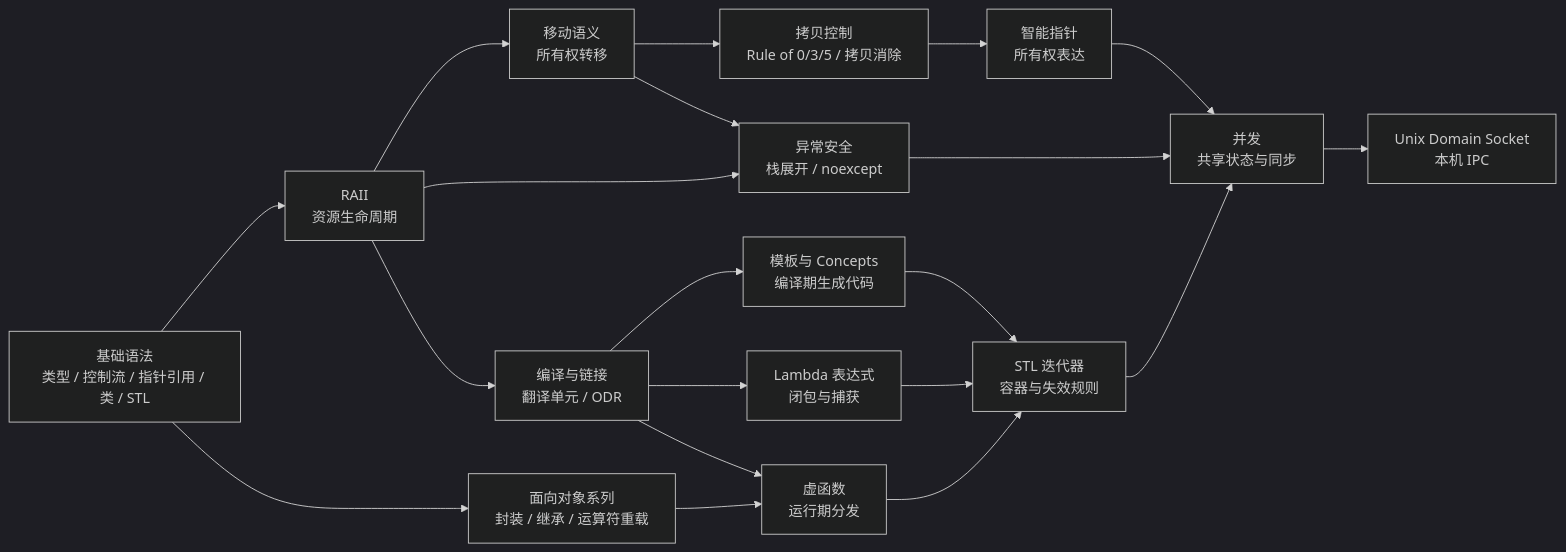
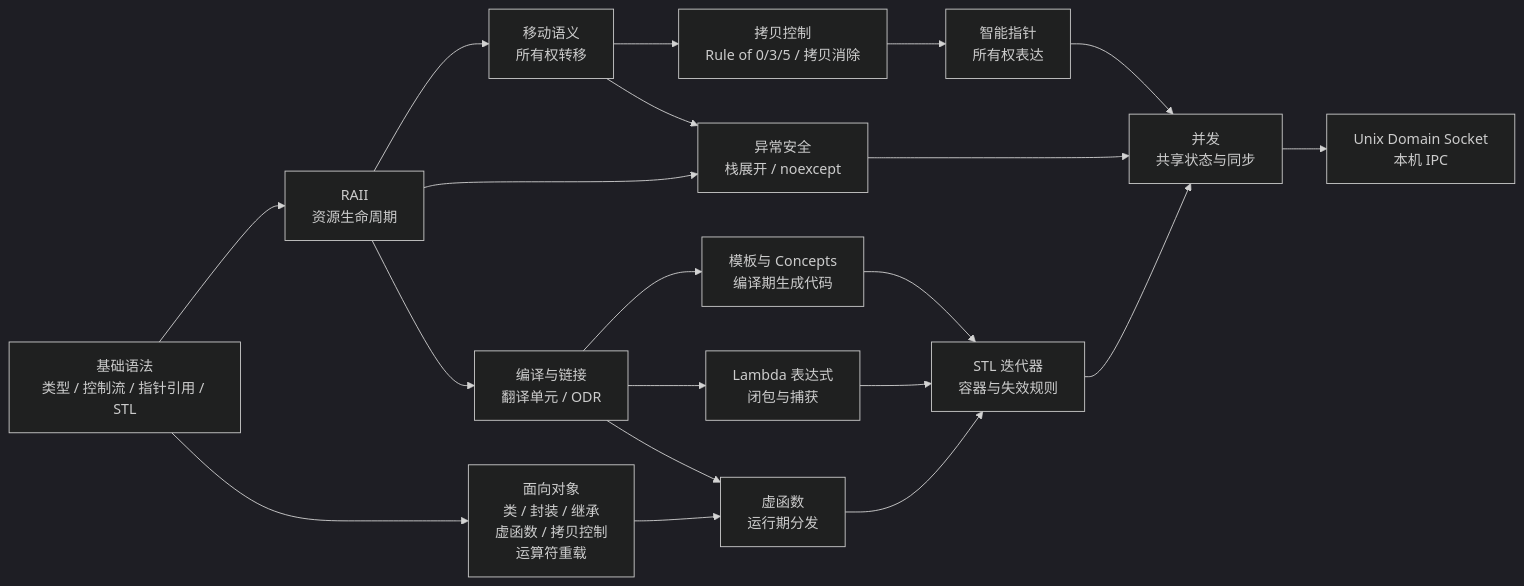
The diagram in languages/cpp/index.md (qknow-0/blog), drawn with Mermaid (dark theme) before and after one commit. The commit also changed other lines of this file and 14 other files, not shown here.

````diff
--- a/languages/cpp/index.md
+++ b/languages/cpp/index.md
@@ -40,22 +42,22 @@
 ```mermaid
 flowchart LR
-    Z["基础语法<br/>类型 / 控制流 / 指针引用 / 类 / STL"] --> A["RAII<br/>资源生命周期"]
-    Z --> OOP["面向对象系列<br/>封装 / 继承 / 运算符重载"]
+    Z["基础语法<br/>类型 / 控制流 / 指针引用 / STL"] --> A["RAII<br/>资源生命周期"]
+    Z --> OOP["面向对象<br/>类 / 封装 / 继承<br/>虚函数 / 拷贝控制<br/>运算符重载"]
     OOP --> F["虚函数<br/>运行期分发"]
     A --> B["移动语义<br/>所有权转移"]
     B --> CC["拷贝控制<br/>Rule of 0/3/5 / 拷贝消除"]
     CC --> C["智能指针<br/>所有权表达"]
     A --> EX["异常安全<br/>栈展开 / noexcept"]
     B --> EX
     A --> D["编译与链接<br/>翻译单元 / ODR"]
     D --> E["模板与 Concepts<br/>编译期生成代码"]
     D --> L["Lambda 表达式<br/>闭包与捕获"]
     D --> F["虚函数<br/>运行期分发"]
     E --> G["STL 迭代器<br/>容器与失效规则"]
     F --> G
     L --> G
     C --> H["并发<br/>共享状态与同步"]
     G --> H
     EX --> H
     H --> I["Unix Domain Socket<br/>本机 IPC"]
 ```
````
